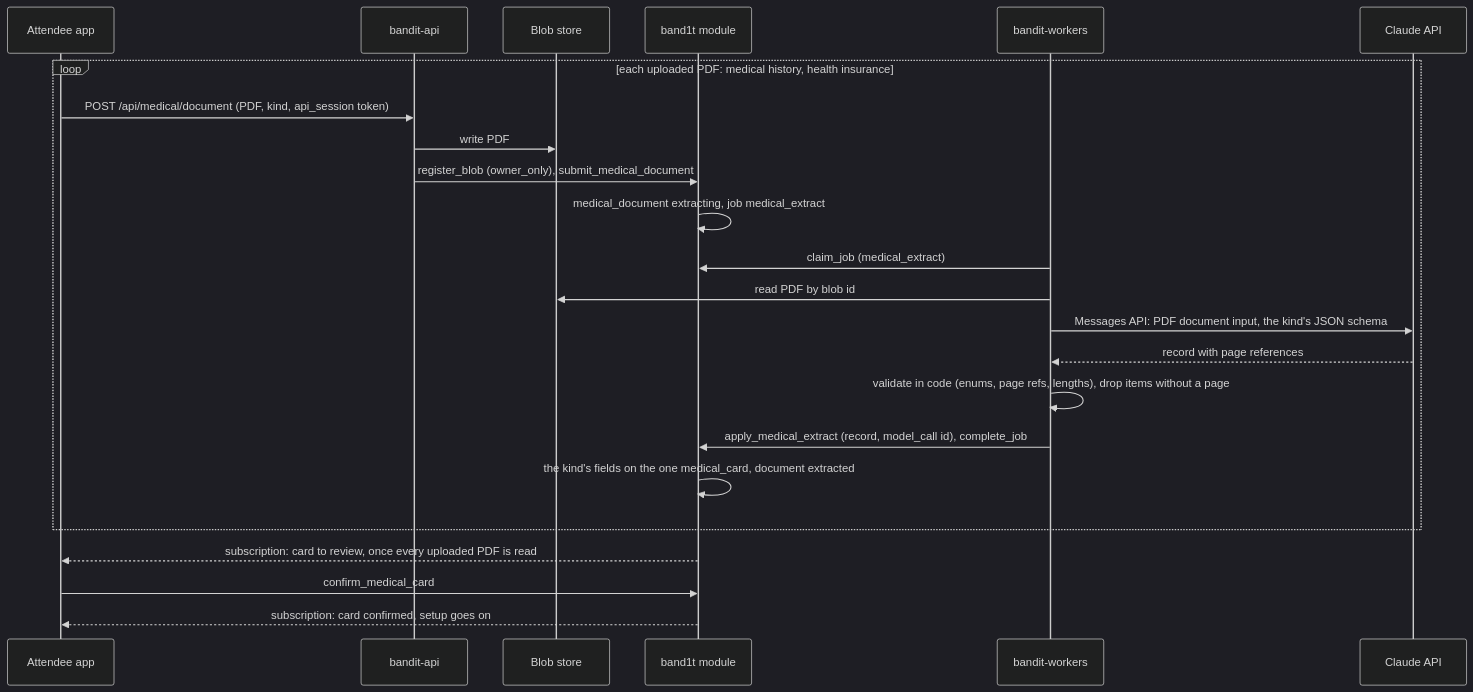
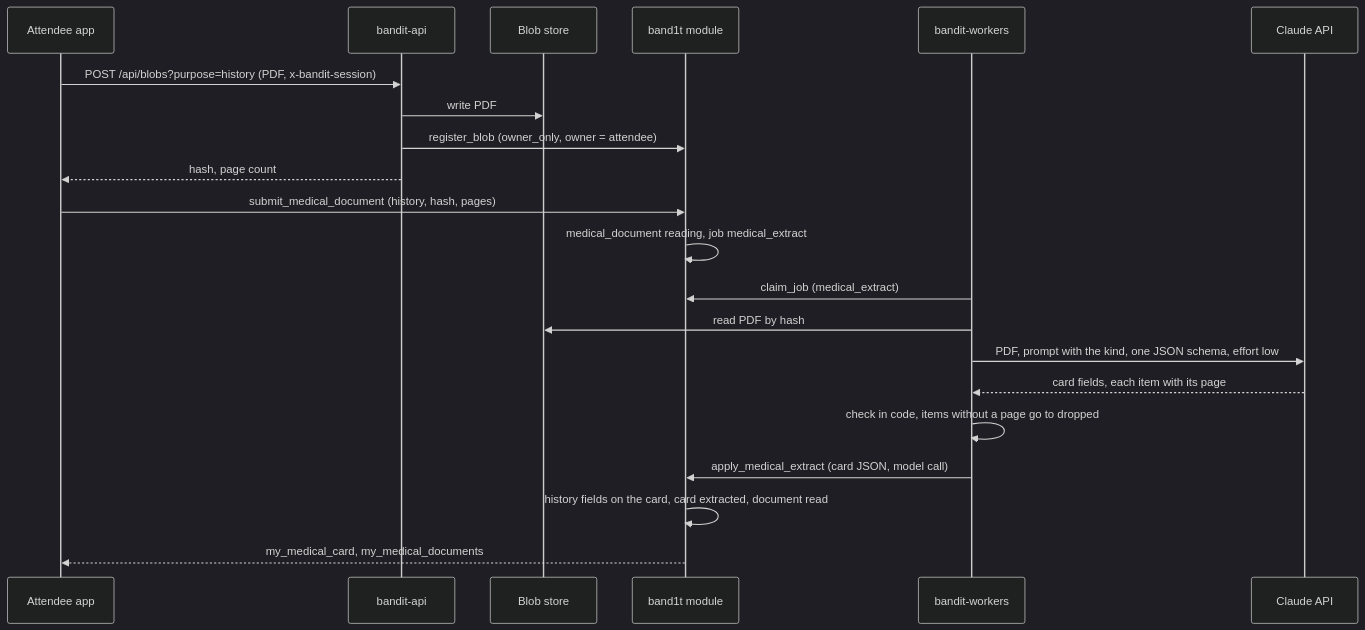
Before and after one commit to viktorinkov/cal-hacks-13: the first of 2 diagrams in System Design/6-features/Medical-ID.md, drawn with Mermaid (dark theme). The commit also changed other lines of this file and 20 other files, not shown here.

Commit message:
Medical card, wallet step and Leo's parts match vik-e2e

````diff
--- a/System Design/6-features/Medical-ID.md
+++ b/System Design/6-features/Medical-ID.md
@@ -56,25 +57,23 @@
 ```mermaid
 sequenceDiagram
   participant A as Attendee app
   participant API as bandit-api
   participant S as Blob store
   participant M as band1t module
   participant W as bandit-workers
   participant C as Claude API
-  loop each uploaded PDF: medical history, health insurance
-    A->>API: POST /api/medical/document (PDF, kind, api_session token)
-    API->>S: write PDF
-    API->>M: register_blob (owner_only), submit_medical_document
-    M->>M: medical_document extracting, job medical_extract
-    W->>M: claim_job (medical_extract)
-    W->>S: read PDF by blob id
-    W->>C: Messages API: PDF document input, the kind's JSON schema
-    C-->>W: record with page references
-    W->>W: validate in code (enums, page refs, lengths), drop items without a page
-    W->>M: apply_medical_extract (record, model_call id), complete_job
-    M->>M: the kind's fields on the one medical_card, document extracted
-  end
-  M-->>A: subscription: card to review, once every uploaded PDF is read
-  A->>M: confirm_medical_card
-  M-->>A: subscription: card confirmed, setup goes on
+  A->>API: POST /api/blobs?purpose=history (PDF, x-bandit-session)
+  API->>S: write PDF
+  API->>M: register_blob (owner_only, owner = attendee)
+  API-->>A: hash, page count
+  A->>M: submit_medical_document (history, hash, pages)
+  M->>M: medical_document reading, job medical_extract
+  W->>M: claim_job (medical_extract)
+  W->>S: read PDF by hash
+  W->>C: PDF, prompt with the kind, one JSON schema, effort low
+  C-->>W: card fields, each item with its page
+  W->>W: check in code, items without a page go to dropped
+  W->>M: apply_medical_extract (card JSON, model call)
+  M->>M: history fields on the card, card extracted, document read
+  M-->>A: my_medical_card, my_medical_documents
 ```
````
